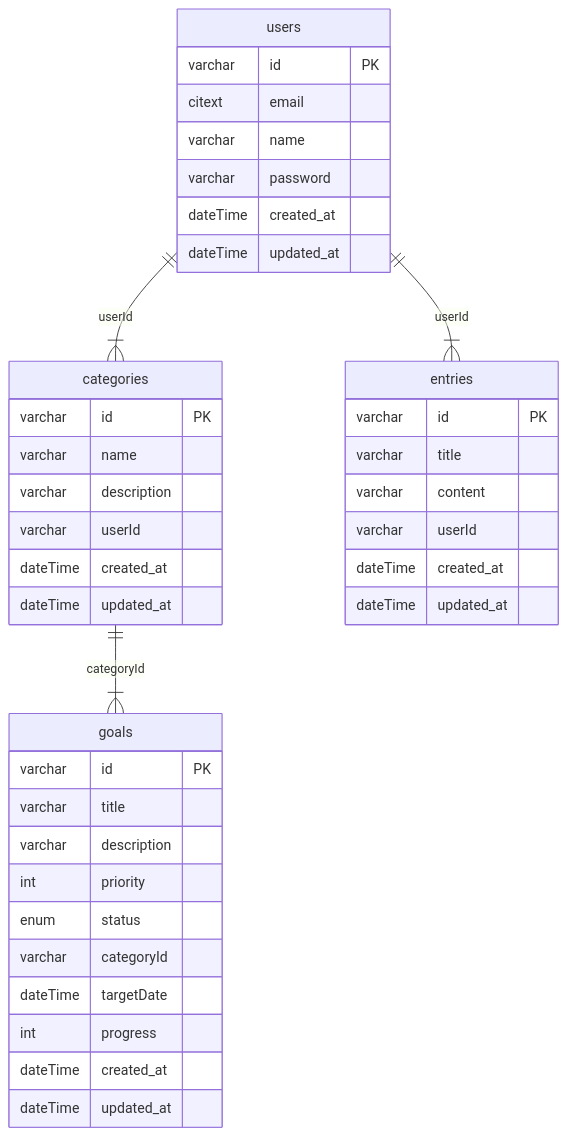
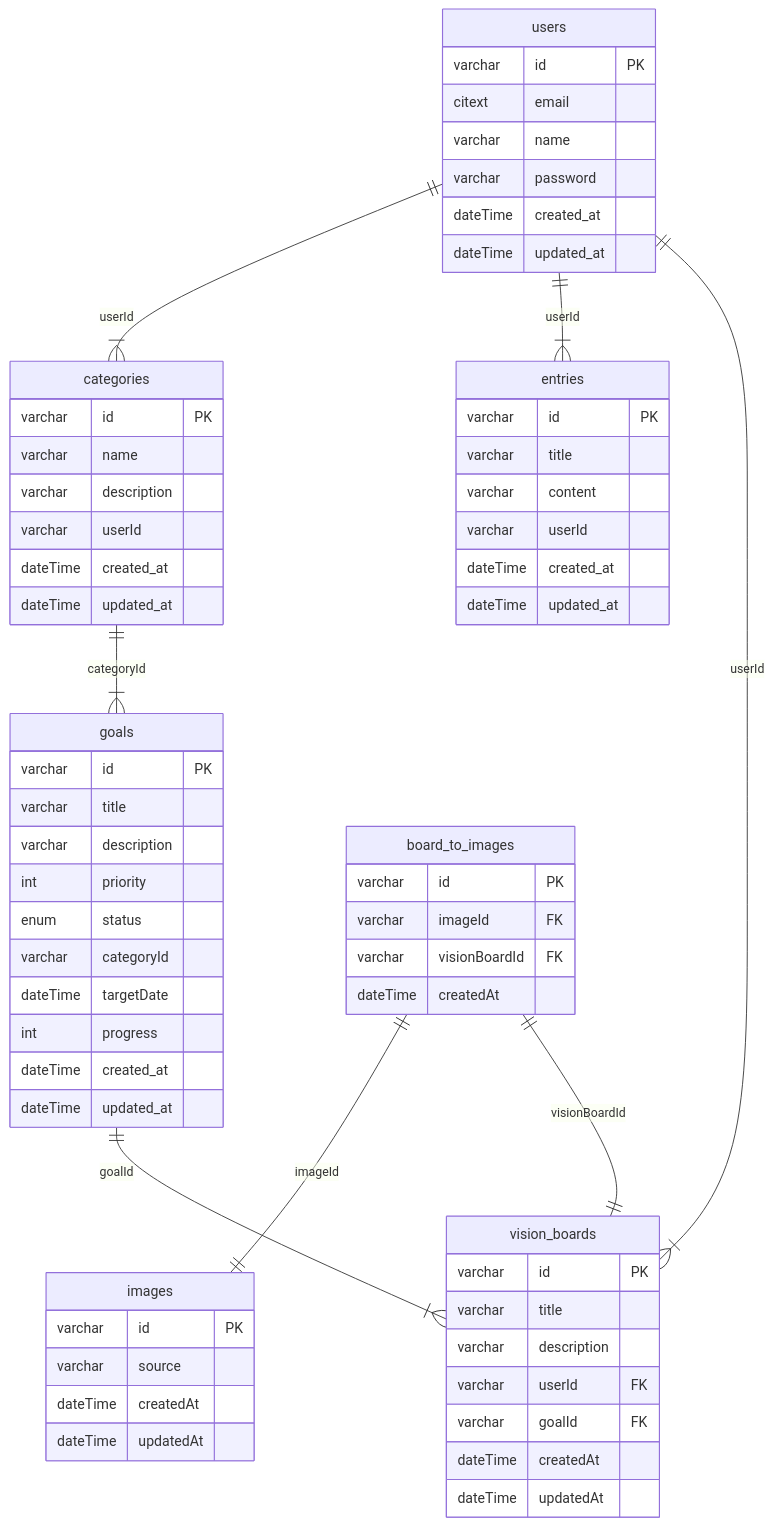
Before and after one commit to sandrvvu/BetterSelf: the diagram in README.md, drawn with Mermaid. The commit also changed 20 other files, not shown here.

Commit message:
feature: add vision board and image functionality

````diff
--- a/README.md
+++ b/README.md
@@ -5,46 +5,74 @@
 ```mermaid
 erDiagram
    users {
       varchar id PK
       citext email
       varchar name
       varchar password
       dateTime created_at
       dateTime updated_at
    }
 
    categories {
       varchar id PK
       varchar name
       varchar description
       varchar userId
       dateTime created_at
       dateTime updated_at
    }
-   
+
    goals {
       varchar id PK
       varchar title
       varchar description
       int priority
       enum status
       varchar categoryId
       dateTime targetDate
       int progress
       dateTime created_at
       dateTime updated_at
    }
 
    entries {
       varchar id PK
       varchar title
       varchar content
       varchar userId
       dateTime created_at
       dateTime updated_at
    }
 
+   images {
+        varchar id PK
+        varchar source
+        dateTime createdAt
+        dateTime updatedAt
+   }
+
+   vision_boards {
+        varchar id PK
+        varchar title
+        varchar description
+        varchar userId FK
+        varchar goalId FK
+        dateTime createdAt
+        dateTime updatedAt
+   }
+
+   board_to_images {
+        varchar id PK
+        varchar imageId FK
+        varchar visionBoardId FK
+        dateTime createdAt
+   }
+
    users ||--|{ categories : userId
    users ||--|{ entries : userId
    categories ||--|{ goals : categoryId
+   board_to_images ||--|| images : imageId
+   board_to_images ||--|| vision_boards : visionBoardId
+   users ||--|{ vision_boards : userId
+   goals ||--|{ vision_boards : goalId
 ```
````
